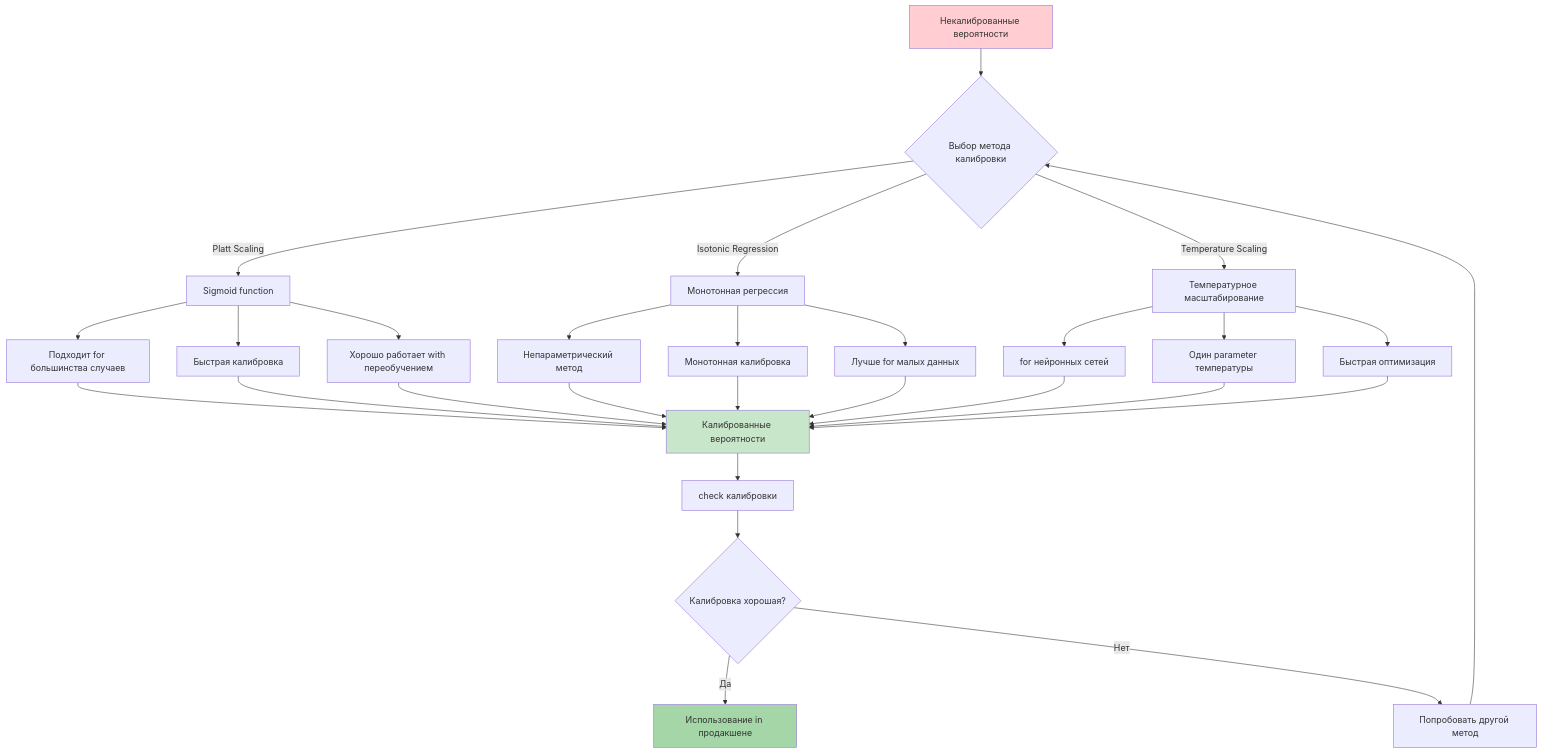
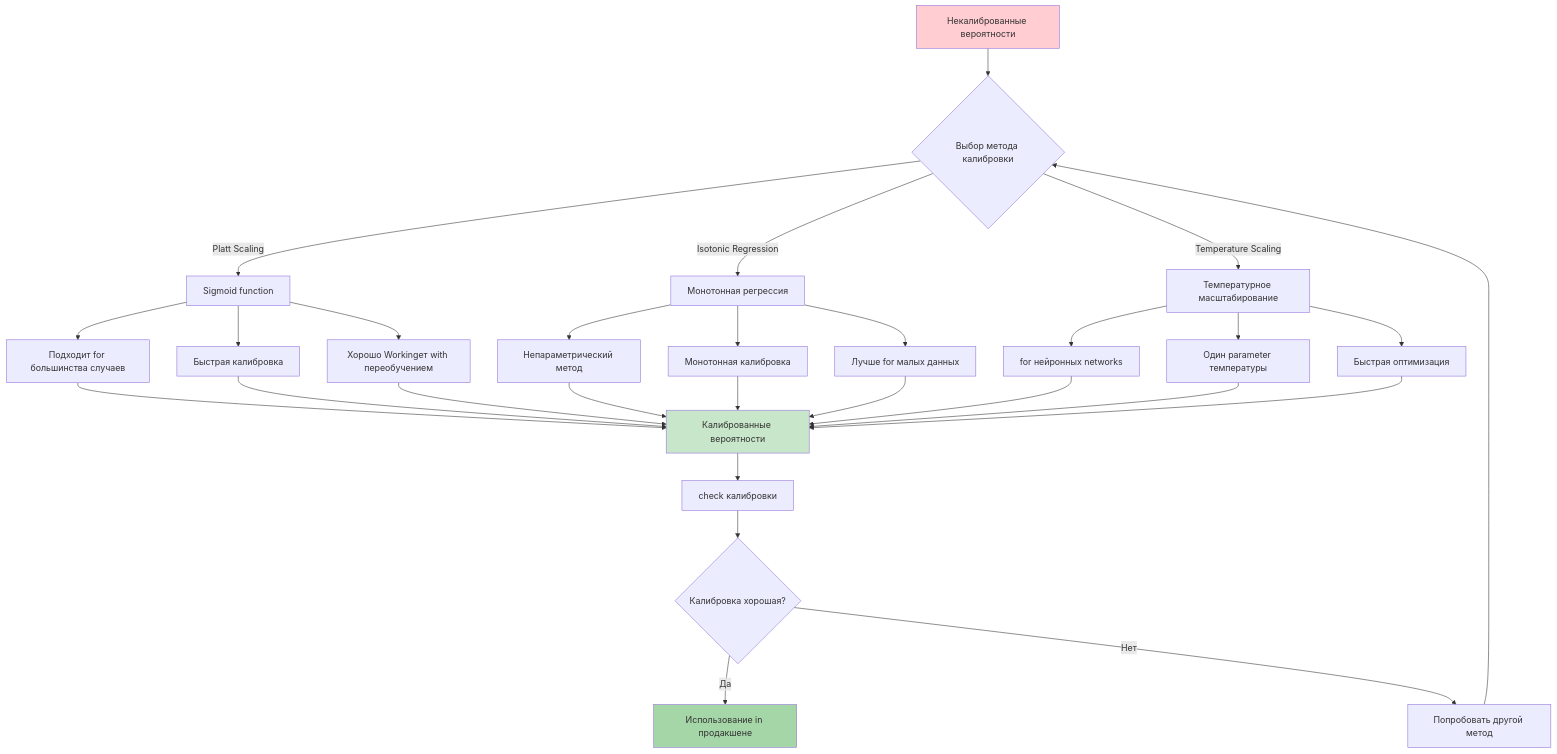
Before and after one commit to NeoZorK/neozork-hld-prediction: the second of 8 diagrams in docs/automl/gluon/26_probability_usage_guide.md, drawn with Mermaid. The commit also changed other lines of this file and 108 other files, not shown here.

````diff
--- a/docs/automl/gluon/26_probability_usage_guide.md
+++ b/docs/automl/gluon/26_probability_usage_guide.md
@@ -136,40 +136,40 @@
 ```mermaid
 graph TD
  A[Некалиброванные вероятности] --> B{Выбор метода калибровки}
 
  B -->|Platt Scaling| C[Sigmoid function]
  B -->|Isotonic Regression| D[Монотонная регрессия]
  B -->|Temperature Scaling| E[Температурное масштабирование]
 
  C --> C1[Подходит for большинства случаев]
  C --> C2[Быстрая калибровка]
- C --> C3[Хорошо работает with переобучением]
+ C --> C3[Хорошо Workingет with переобучением]
 
  D --> D1[Непараметрический метод]
  D --> D2[Монотонная калибровка]
  D --> D3[Лучше for малых данных]
 
- E --> E1[for нейронных сетей]
+ E --> E1[for нейронных networks]
  E --> E2[Один parameter температуры]
  E --> E3[Быстрая оптимизация]
 
  C1 --> F[Калиброванные вероятности]
  C2 --> F
  C3 --> F
  D1 --> F
  D2 --> F
  D3 --> F
  E1 --> F
  E2 --> F
  E3 --> F
 
  F --> G[check калибровки]
  G --> H{Калибровка хорошая?}
  H -->|Да| I[Использование in продакшене]
  H -->|Нет| J[Попробовать другой метод]
  J --> B
 
  style A fill:#ffcdd2
  style F fill:#c8e6c9
  style I fill:#a5d6a7
 ```
````
